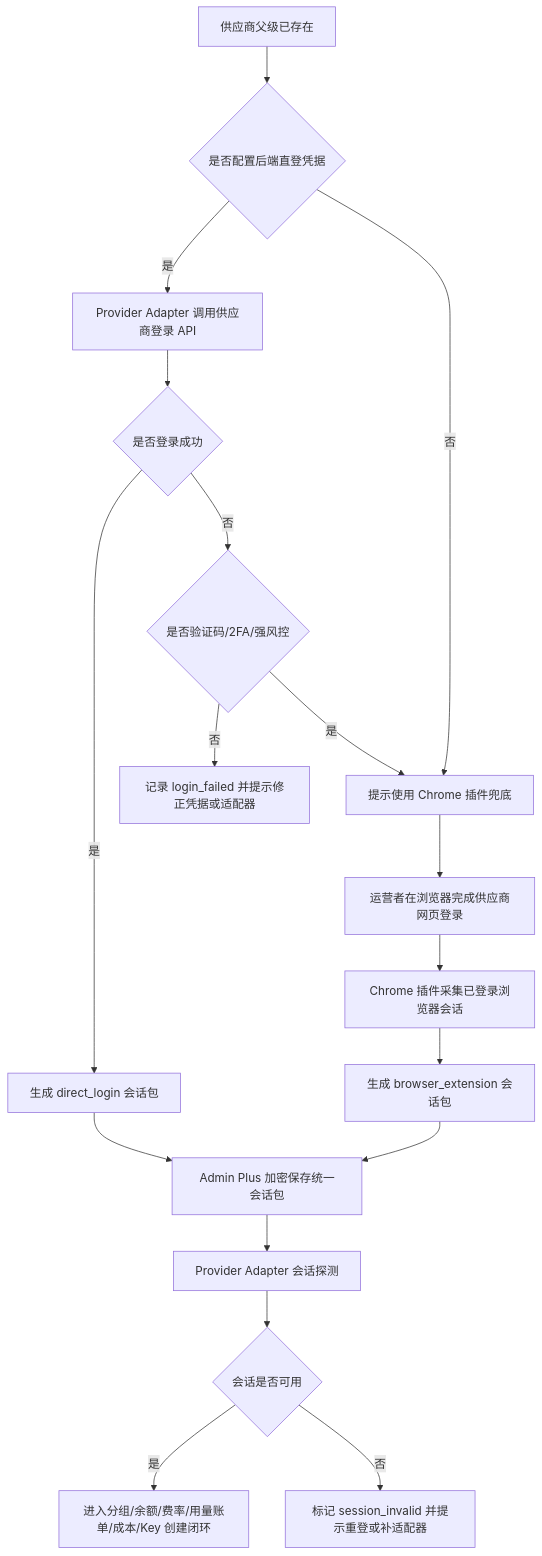
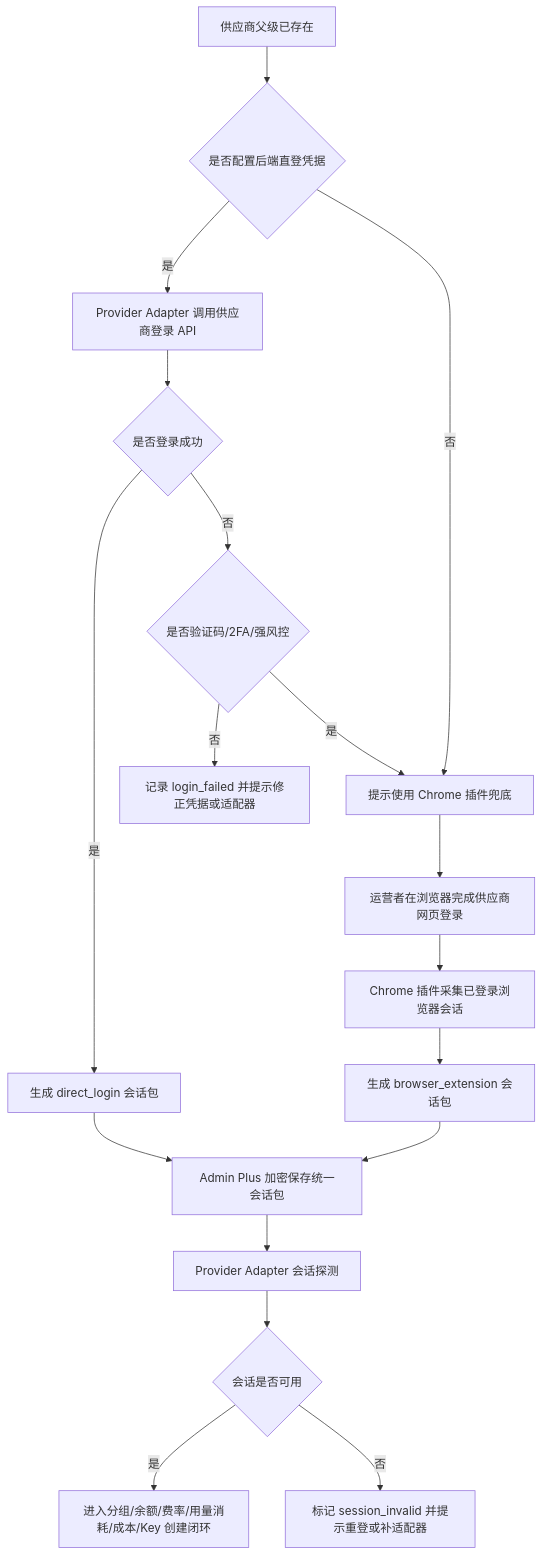
Before and after one commit to openrelayllm/superllm: the second of 20 diagrams in docs/roadmap/accounts/README.md, drawn with Mermaid. The commit also changed other lines of this file and 147 other files, not shown here.

````diff
--- a/docs/roadmap/accounts/README.md
+++ b/docs/roadmap/accounts/README.md
@@ -101,20 +106,20 @@
 ```mermaid
 flowchart TD
   A[供应商父级已存在] --> B{是否配置后端直登凭据}
   B -- 是 --> C[Provider Adapter 调用供应商登录 API]
   C --> D{是否登录成功}
   D -- 是 --> E[生成 direct_login 会话包]
   D -- 否 --> F{是否验证码/2FA/强风控}
   F -- 否 --> F1[记录 login_failed 并提示修正凭据或适配器]
   F -- 是 --> G[提示使用 Chrome 插件兜底]
   B -- 否 --> G
   G --> H[运营者在浏览器完成供应商网页登录]
   H --> I[Chrome 插件采集已登录浏览器会话]
   I --> J[生成 browser_extension 会话包]
   E --> K[Admin Plus 加密保存统一会话包]
   J --> K
   K --> L[Provider Adapter 会话探测]
   L --> M{会话是否可用}
-  M -- 是 --> N[进入分组/余额/费率/用量账单/成本/Key 创建闭环]
+  M -- 是 --> N[进入分组/余额/费率/用量消耗/成本/Key 创建闭环]
   M -- 否 --> O[标记 session_invalid 并提示重登或补适配器]
 ```
````
